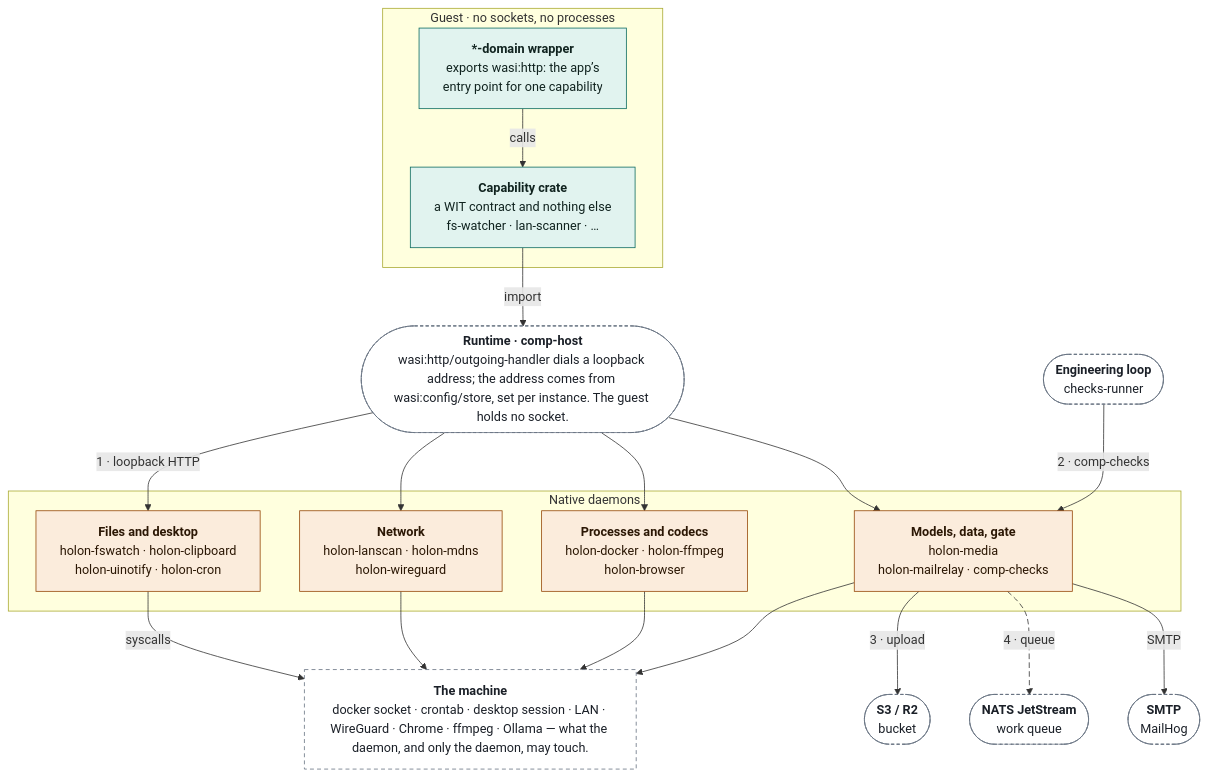
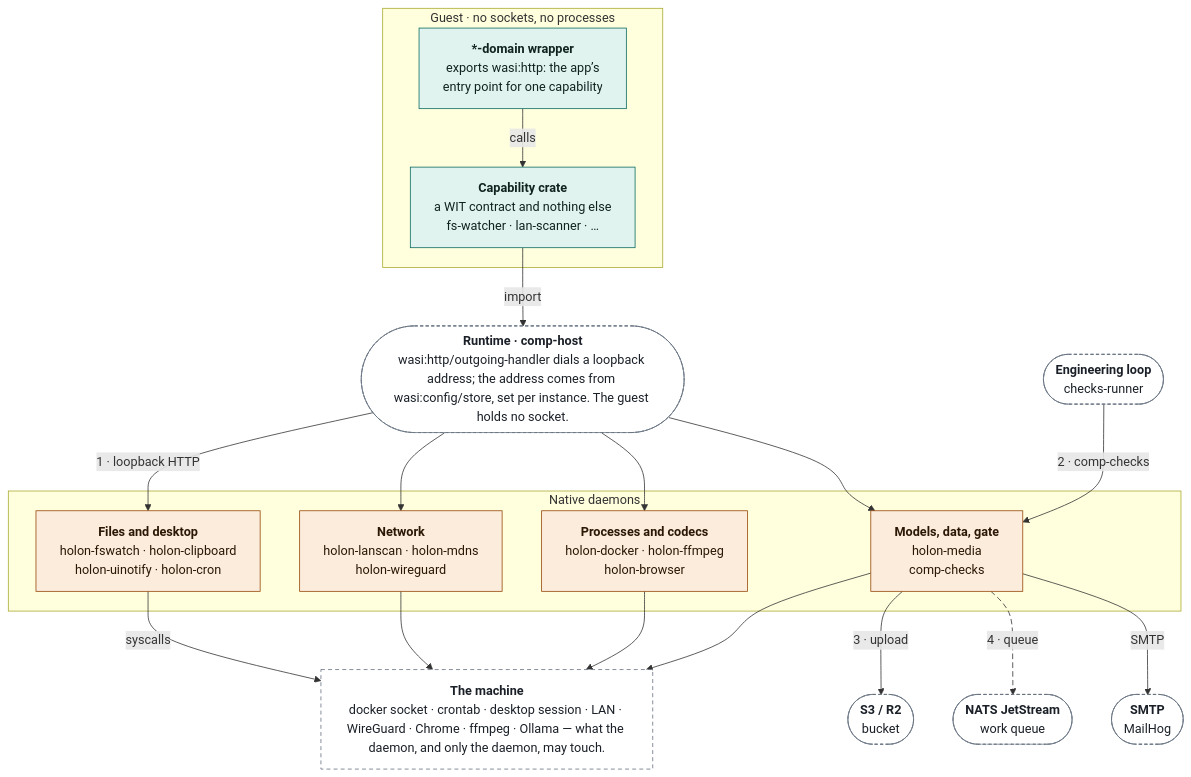
The sixth of 11 diagrams in docs/ARCHITECTURE.md (markkovari/holon), drawn with Mermaid before and after one commit. The commit also changed other lines of this file and 19 other files, not shown here.

First line of the commit message:
feat(host): a socket to what egress names — mail-http speaks SMTP itself, comp-mailrelay is deleted (#539)

````diff
--- a/docs/ARCHITECTURE.md
+++ b/docs/ARCHITECTURE.md
@@ -398,42 +398,42 @@
 ```mermaid
 %%{init: {"flowchart": {"wrappingWidth": 360}}}%%
 flowchart TB
   classDef wasm fill:#e1f3ef,stroke:#0a6a5f,color:#10231f
   classDef native fill:#fbecdc,stroke:#954709,color:#2b1704
   classDef store fill:#eae7fa,stroke:#4a3fb0,color:#17123f
   classDef actor fill:#e4ebf7,stroke:#2a4977,color:#0f1d33
   classDef spec fill:#eef1f5,stroke:#465160,color:#1b2028
   classDef ext fill:#ffffff,stroke:#667180,color:#1b2028,stroke-dasharray:5 4
   classDef ghost fill:#ffffff,stroke:#667180,color:#1b2028,stroke-dasharray:4 3
   subgraph grp_guest["Guest · no sockets, no processes"]
     n_dom["<b>*-domain wrapper</b><br/>exports wasi:http: the app’s<br/>entry point for one capability"]:::wasm
     n_cap["<b>Capability crate</b><br/>a WIT contract and nothing else<br/>fs-watcher · lan-scanner · …"]:::wasm
   end
   subgraph grp_nd["Native daemons"]
     n_d_files["<b>Files and desktop</b><br/>holon-fswatch · holon-clipboard<br/>holon-uinotify · holon-cron"]:::native
     n_d_net["<b>Network</b><br/>holon-lanscan · holon-mdns<br/>holon-wireguard"]:::native
     n_d_proc["<b>Processes and codecs</b><br/>holon-docker · holon-ffmpeg<br/>holon-browser"]:::native
-    n_d_data["<b>Models, data, gate</b><br/>holon-media<br/>holon-mailrelay · comp-checks"]:::native
+    n_d_data["<b>Models, data, gate</b><br/>holon-media<br/>comp-checks"]:::native
   end
   n_broker(["<b>Runtime · comp-host</b><br/>wasi:http/outgoing-handler dials a loopback address; the address comes from wasi:config/store, set per instance. The guest holds no socket."]):::ghost
   n_machine["<b>The machine</b><br/>docker socket · crontab · desktop session · LAN · WireGuard · Chrome · ffmpeg · Ollama — what the daemon, and only the daemon, may touch."]:::ext
   n_g_loop(["<b>Engineering loop</b><br/>checks-runner"]):::ghost
   n_g_s3(["<b>S3 / R2</b><br/>bucket"]):::ghost
   n_g_nats(["<b>NATS JetStream</b><br/>work queue"]):::ghost
   n_g_smtp(["<b>SMTP</b><br/>MailHog"]):::ghost
   n_dom -- "calls" --> n_cap
   n_cap -- "import" --> n_broker
   n_d_files -- "syscalls" --> n_machine
   n_d_net --> n_machine
   n_d_proc --> n_machine
   n_d_data --> n_machine
   n_broker -- "1 · loopback HTTP" --> n_d_files
   n_broker --> n_d_net
   n_broker --> n_d_proc
   n_broker --> n_d_data
   n_g_loop -- "2 · comp-checks" --> n_d_data
   n_d_data -- "3 · upload" --> n_g_s3
   n_d_data -- "4 · queue" --> n_g_nats
   n_d_data -- "SMTP" --> n_g_smtp
   linkStyle 12 stroke-dasharray:7 4
 ```
````
